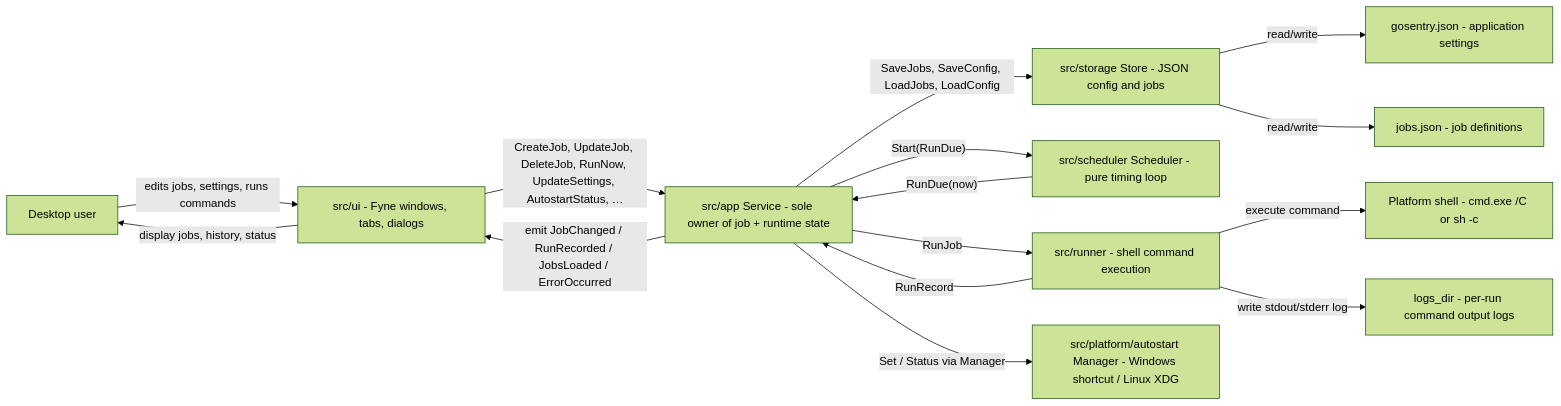
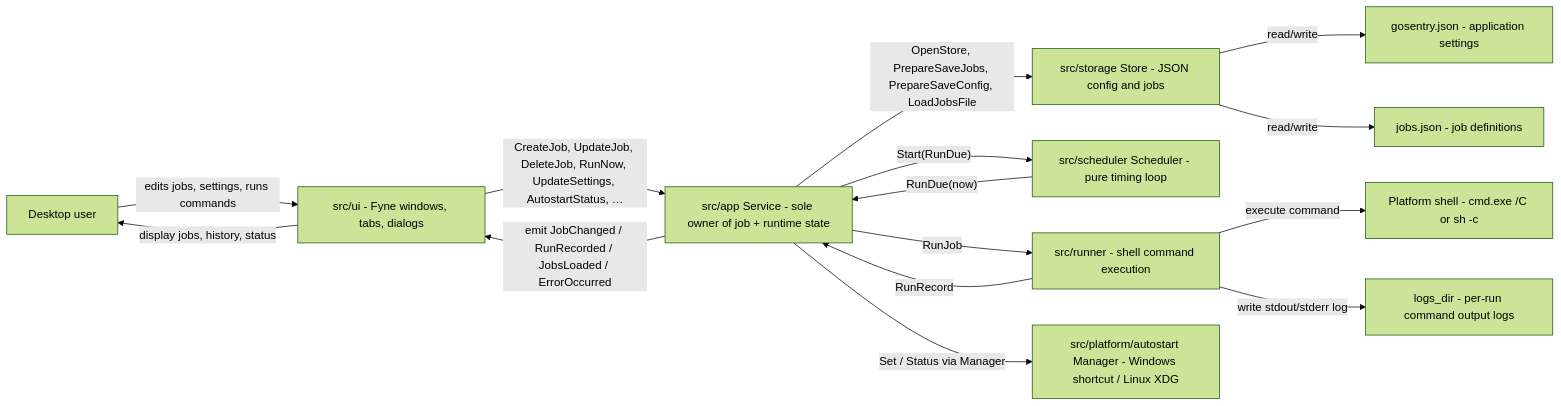
One commit to mixeme/gosentry changed the diagram in docs/ARCHITECTURE.md. Above: the diagram before and after it, drawn with Mermaid (forest theme). The commit also changed other lines of this file and 4 other files, not shown here.

````diff
--- a/docs/ARCHITECTURE.md
+++ b/docs/ARCHITECTURE.md
@@ -28,31 +28,31 @@
 ```mermaid
 flowchart LR
     user["Desktop user"]
     ui["src/ui - Fyne windows, tabs, dialogs"]
     svc["src/app Service - sole owner of job + runtime state"]
     store["src/storage Store - JSON config and jobs"]
     sched["src/scheduler Scheduler - pure timing loop"]
     runner["src/runner - shell command execution"]
     autostart["src/platform/autostart Manager - Windows shortcut / Linux XDG"]
     config["gosentry.json - application settings"]
     jobs["jobs.json - job definitions"]
     logs["logs_dir - per-run command output logs"]
     shell["Platform shell - cmd.exe /C or sh -c"]
 
     user -->|"edits jobs, settings, runs commands"| ui
     ui -->|"CreateJob, UpdateJob, DeleteJob, RunNow, UpdateSettings, AutostartStatus, …"| svc
-    svc -->|"SaveJobs, SaveConfig, LoadJobs, LoadConfig"| store
+    svc -->|"OpenStore, PrepareSaveJobs, PrepareSaveConfig, LoadJobsFile"| store
     store -->|"read/write"| config
     store -->|"read/write"| jobs
 
     svc -->|"Start(RunDue)"| sched
     sched -->|"RunDue(now)"| svc
     svc -->|"RunJob"| runner
     runner -->|"execute command"| shell
     runner -->|"write stdout/stderr log"| logs
     runner -->|"RunRecord"| svc
     svc -->|"emit JobChanged / RunRecorded / JobsLoaded / ErrorOccurred"| ui
     ui -->|"display jobs, history, status"| user
 
     svc -->|"Set / Status via Manager"| autostart
 ```
````
